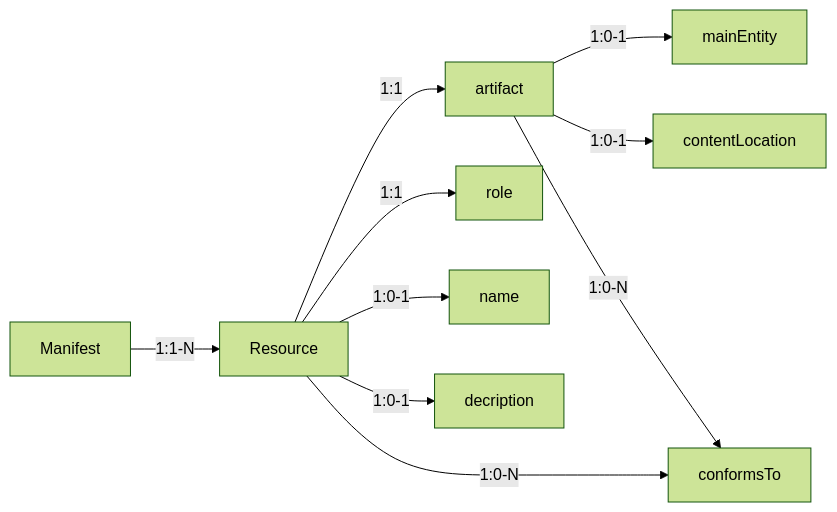
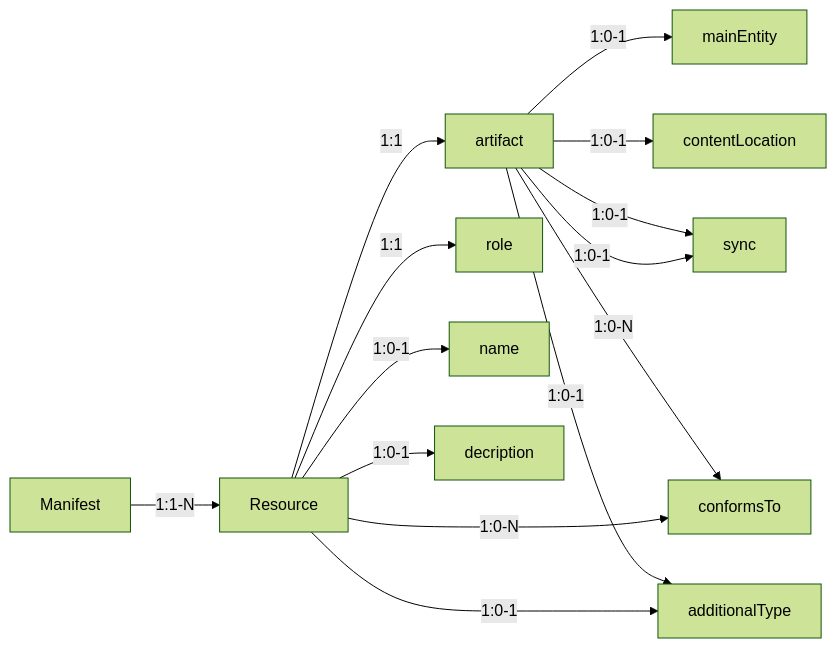
One commit to Kurrawong/prez.dev changed the diagram in docs/manifest.md. Above: the diagram before and after it, drawn with Mermaid (forest theme). The commit also changed other lines of this file, not shown here.

Commit message:
sync; mainEntity & conformsTo docco

````diff
--- a/docs/manifest.md
+++ b/docs/manifest.md
@@ -14,12 +14,16 @@
 ``` mermaid
 graph LR
   Manifest --1:1-N--> Resource;
   Resource --1:1--> artifact;
   Resource --1:1--> role;
   Resource --1:0-1--> name;
   Resource --1:0-1--> decription;
   Resource --1:0-N--> conformsTo;
+  Resource --1:0-1--> additionalType;
+  artifact --1:0-1--> sync;
   artifact --1:0-1--> mainEntity;
   artifact --1:0-1--> contentLocation;
   artifact --1:0-N--> conformsTo;
+  artifact --1:0-1--> additionalType;
+  artifact --1:0-1--> sync;
 ```
````
